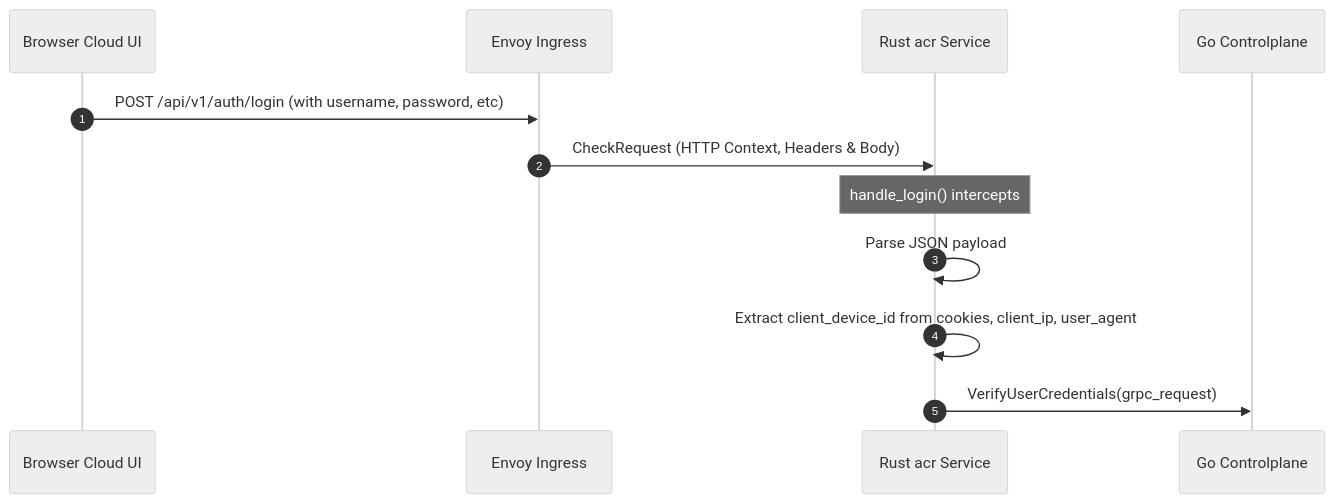
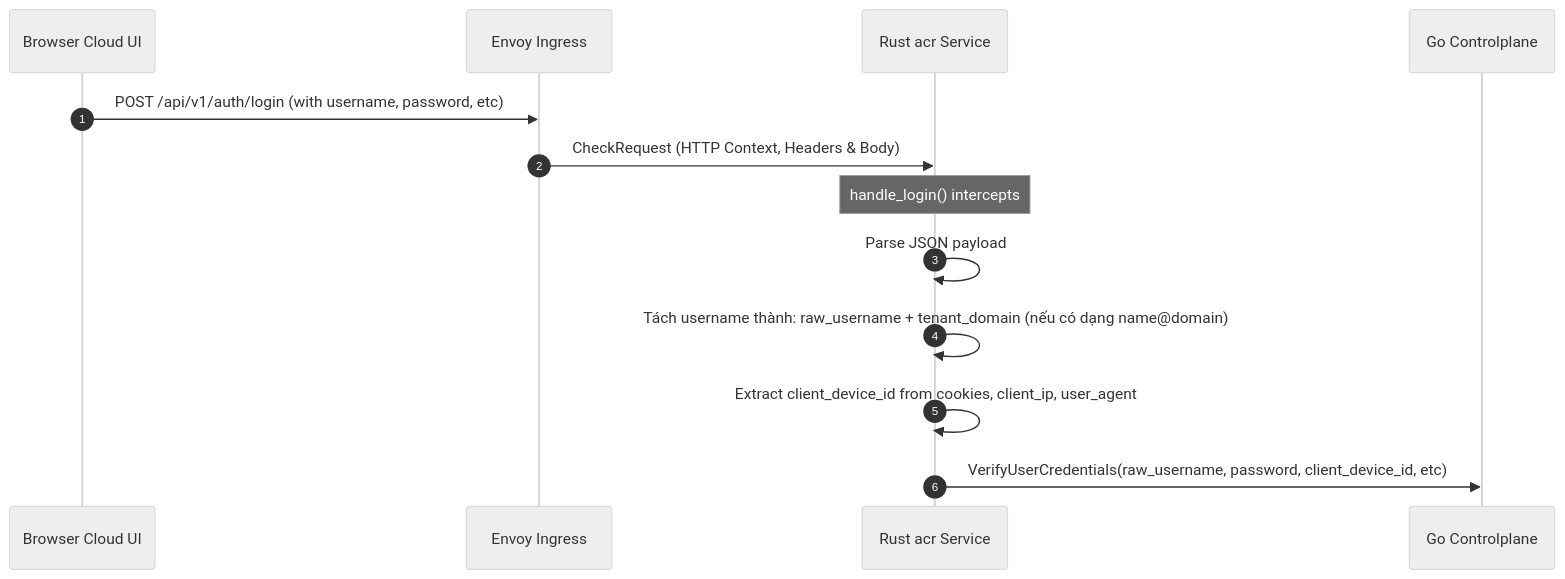
One commit to phucle996/aurora changed the second of 6 diagrams in god_view/iam/user_login_god_view_workflow.md. Above: the diagram before and after it, drawn with Mermaid (neutral theme). The commit also changed other lines of this file and 58 other files, not shown here.

Commit message:
feat: implement tenant management system with Redis L2 caching and role constraints across control plane and acr services

````diff
--- a/god_view/iam/user_login_god_view_workflow.md
+++ b/god_view/iam/user_login_god_view_workflow.md
@@ -76,15 +76,16 @@
 ```mermaid
 sequenceDiagram
     autonumber
     participant UI as Browser Cloud UI
     participant Envoy as Envoy Ingress
     participant acr as Rust acr Service
     participant CP as Go Controlplane
 
     UI->>Envoy: POST /api/v1/auth/login (with username, password, etc)
     Envoy->>acr: CheckRequest (HTTP Context, Headers & Body)
     Note over acr: handle_login() intercepts
     acr->>acr: Parse JSON payload
+    acr->>acr: Tách username thành: raw_username + tenant_domain (nếu có dạng name@domain)
     acr->>acr: Extract client_device_id from cookies, client_ip, user_agent
-    acr->>CP: VerifyUserCredentials(grpc_request)
+    acr->>CP: VerifyUserCredentials(raw_username, password, client_device_id, etc)
 ```
````
